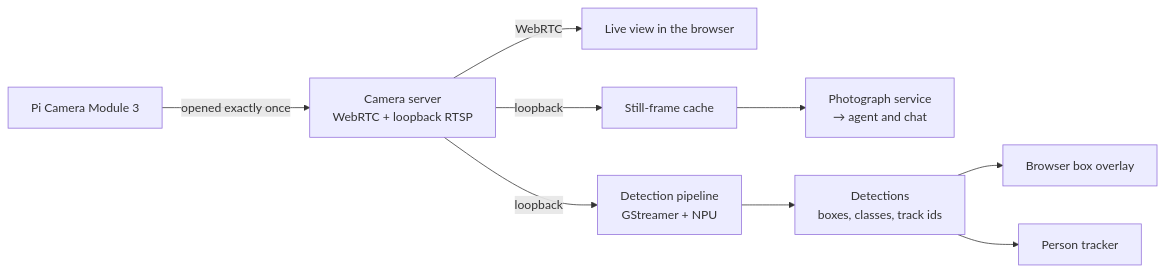
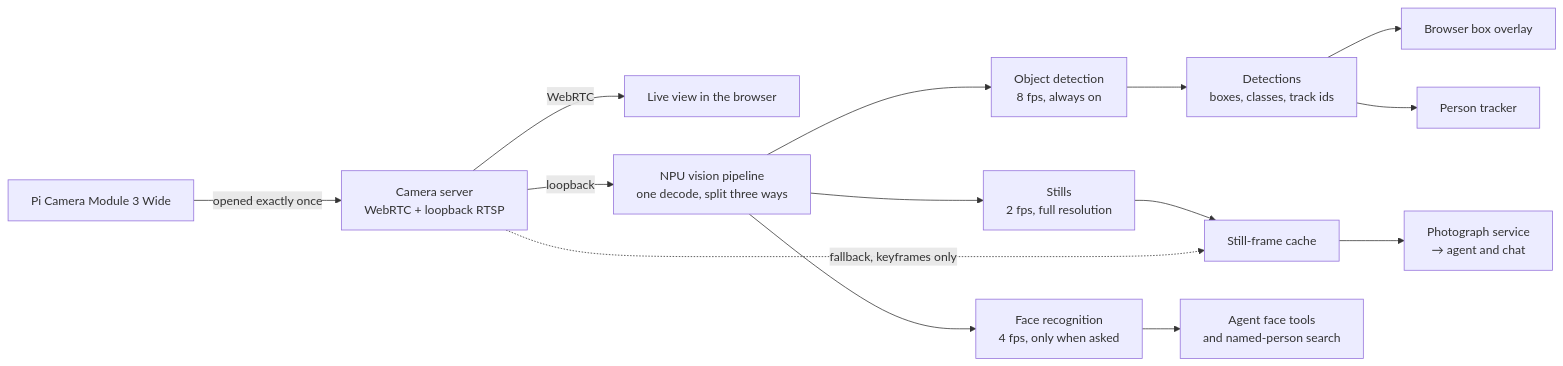
Before and after one commit to Xmindz/scout_docs: the first of 2 diagrams in docs/04-perception.md, drawn with Mermaid. The commit also changed other lines of this file and 16 other files, not shown here.

````diff
--- a/docs/04-perception.md
+++ b/docs/04-perception.md
@@ -16,11 +22,16 @@
 ```mermaid
 flowchart LR
-    CAM["Pi Camera Module 3"] -->|opened exactly once| MTX["Camera server\nWebRTC + loopback RTSP"]
+    CAM["Pi Camera Module 3 Wide"] -->|opened exactly once| MTX["Camera server\nWebRTC + loopback RTSP"]
     MTX -->|WebRTC| BROWSER["Live view in the browser"]
-    MTX -->|loopback| SNAP["Still-frame cache"]
-    MTX -->|loopback| DETECT["Detection pipeline\nGStreamer + NPU"]
+    MTX -->|loopback| DECODE["NPU vision pipeline\none decode, split three ways"]
+    DECODE --> DETECT["Object detection\n8 fps, always on"]
+    DECODE --> STILLS["Stills\n2 fps, full resolution"]
+    DECODE --> FACES["Face recognition\n4 fps, only when asked"]
+    STILLS --> SNAP["Still-frame cache"]
+    MTX -.->|fallback, keyframes only| SNAP
     SNAP --> PIC["Photograph service\n→ agent and chat"]
     DETECT --> TOPIC["Detections\nboxes, classes, track ids"]
     TOPIC --> OVERLAY["Browser box overlay"]
     TOPIC --> TRACKER["Person tracker"]
+    FACES --> AGENT["Agent face tools\nand named-person search"]
 ```
````
